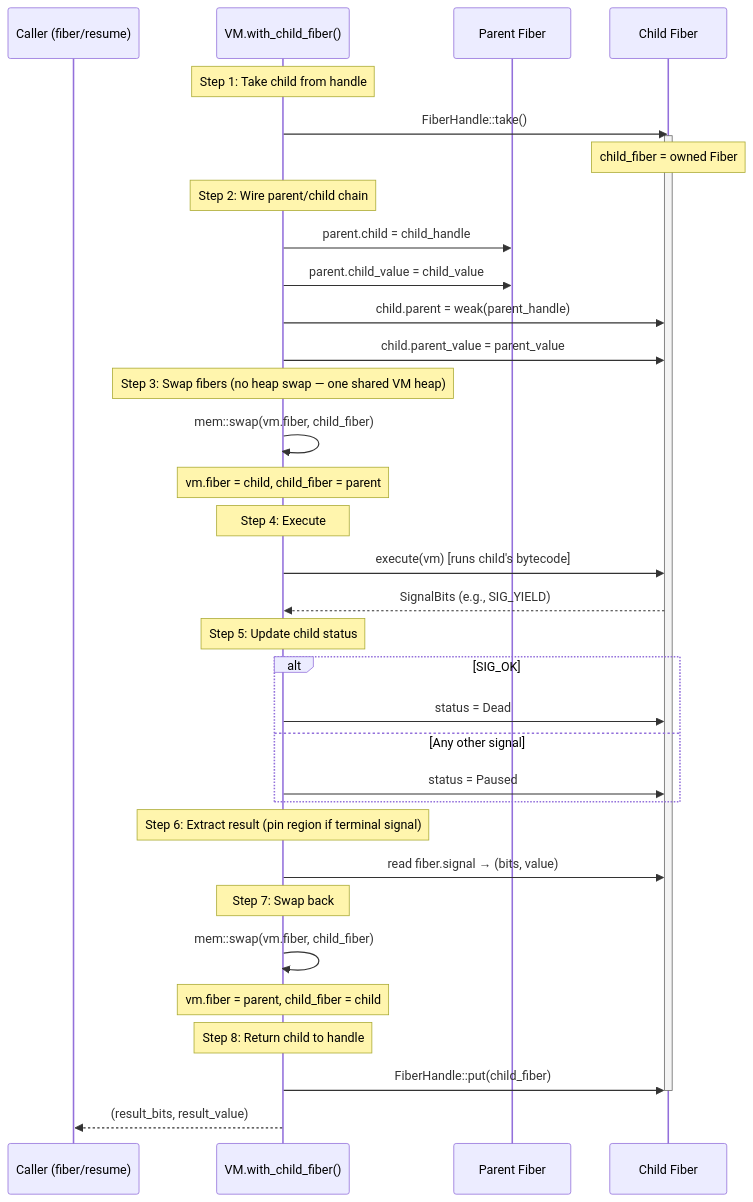
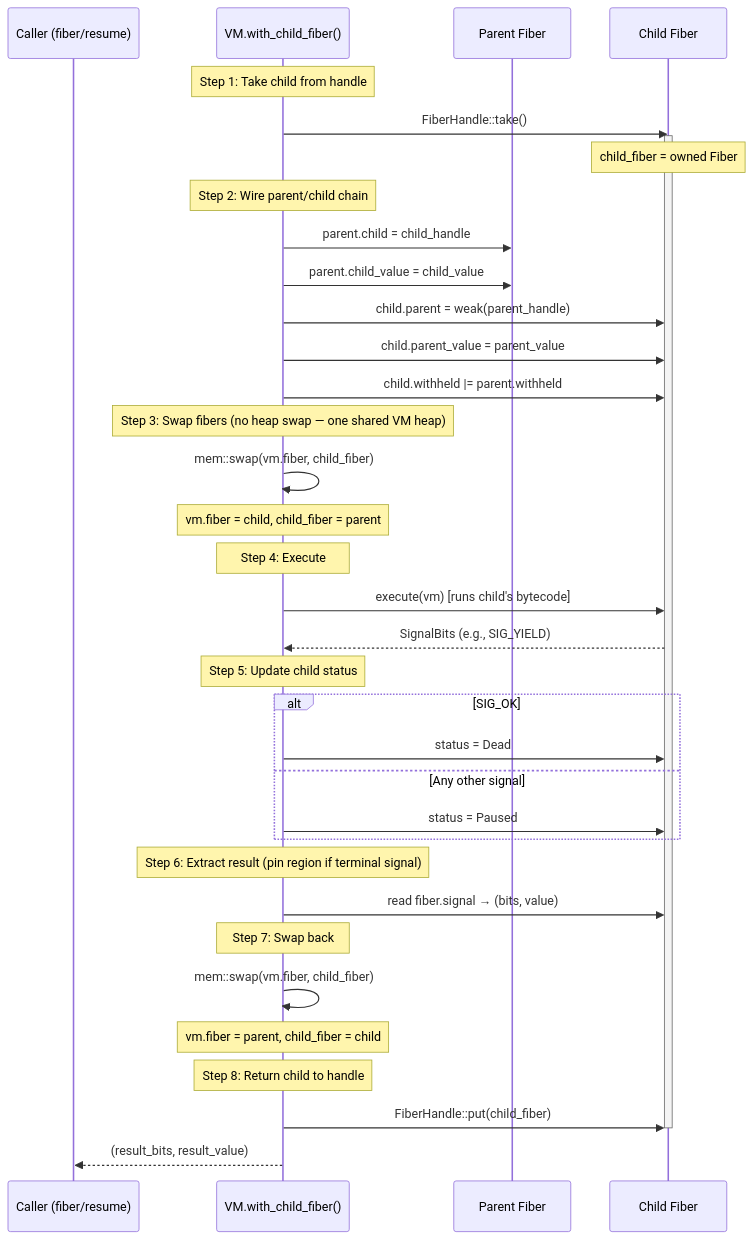
Before and after one commit to elle-lisp/elle: the diagram in docs/signals/primitives.md, drawn with Mermaid. The commit also changed other lines of this file and 170 other files, not shown here.

````diff
--- a/docs/signals/primitives.md
+++ b/docs/signals/primitives.md
@@ -189,46 +213,47 @@
 ```mermaid
 sequenceDiagram
     participant Caller as Caller (fiber/resume)
     participant VM as VM.with_child_fiber()
     participant Parent as Parent Fiber
     participant Child as Child Fiber
 
     Note over VM: Step 1: Take child from handle
     VM->>Child: FiberHandle::take()
     activate Child
     Note over Child: child_fiber = owned Fiber
 
     Note over VM: Step 2: Wire parent/child chain
     VM->>Parent: parent.child = child_handle
     VM->>Parent: parent.child_value = child_value
     VM->>Child: child.parent = weak(parent_handle)
     VM->>Child: child.parent_value = parent_value
+    VM->>Child: child.withheld |= parent.withheld
 
     Note over VM: Step 3: Swap fibers (no heap swap — one shared VM heap)
     VM->>VM: mem::swap(vm.fiber, child_fiber)
     Note over VM: vm.fiber = child, child_fiber = parent
 
     Note over VM: Step 4: Execute
     VM->>Child: execute(vm) [runs child's bytecode]
     Child-->>VM: SignalBits (e.g., SIG_YIELD)
 
     Note over VM: Step 5: Update child status
     alt SIG_OK
         VM->>Child: status = Dead
     else Any other signal
         VM->>Child: status = Paused
     end
 
     Note over VM: Step 6: Extract result (pin region if terminal signal)
     VM->>Child: read fiber.signal → (bits, value)
 
     Note over VM: Step 7: Swap back
     VM->>VM: mem::swap(vm.fiber, child_fiber)
     Note over VM: vm.fiber = parent, child_fiber = child
 
     Note over VM: Step 8: Return child to handle
     VM->>Child: FiberHandle::put(child_fiber)
     deactivate Child
 
     VM-->>Caller: (result_bits, result_value)
 ```
````
